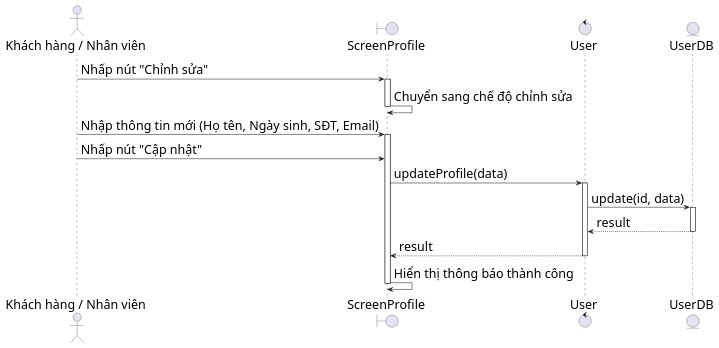
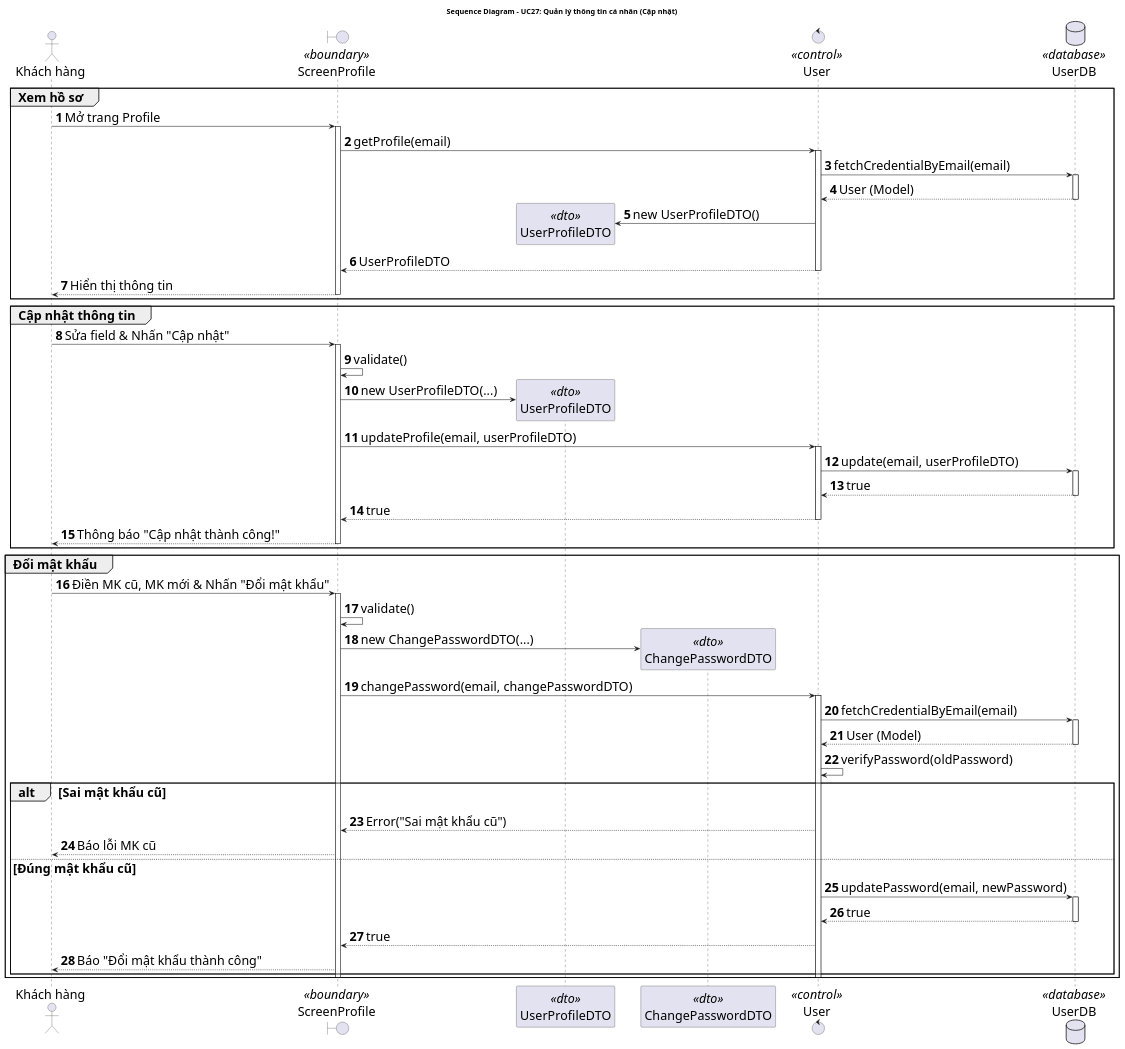
The diagram in doc/system/chinh_sua_thong_tin_ca_nhan/ChinhSuaThongTinCaNhan_SequenceDiagram.wsd (Gnourt812005/HCMUS-Analyze-and-desgin-IS), drawn with PlantUML before and after one commit. The commit also changed 1 other file, not shown here.

Commit message:
truong/sys-uc: update chinh_sua_thong_tin_ca_nhan

```diff
--- a/doc/system/chinh_sua_thong_tin_ca_nhan/ChinhSuaThongTinCaNhan_SequenceDiagram.wsd
+++ b/doc/system/chinh_sua_thong_tin_ca_nhan/ChinhSuaThongTinCaNhan_SequenceDiagram.wsd
@@ -1,32 +1,77 @@
 @startuml ChinhSuaThongTinCaNhan_SequenceDiagram
 skinparam DefaultFontSize 24
+skinparam ParticipantPadding 20
+skinparam BoxPadding 10
 
-actor "Khách hàng / Nhân viên" as UserActor
-boundary "ScreenProfile" as Screen
-control "User" as Control
-entity "UserDB" as DB
+title Sequence Diagram - UC27: Quản lý thông tin cá nhân (Cập nhật)
 
-UserActor -> Screen : Nhấp nút "Chỉnh sửa"
-activate Screen
-Screen -> Screen : Chuyển sang chế độ chỉnh sửa
-deactivate Screen
+actor "Khách hàng" as Actor
+boundary "ScreenProfile" as GUI <<boundary>>
+participant "UserProfileDTO" as DTO <<dto>>
+participant "ChangePasswordDTO" as PWDTO <<dto>>
+control "User" as BUS <<control>>
+database "UserDB" as DB <<database>>
 
-UserActor -> Screen : Nhập thông tin mới (Họ tên, Ngày sinh, SĐT, Email)
-activate Screen
-UserActor -> Screen : Nhấp nút "Cập nhật"
+autonumber
 
-Screen -> Control : updateProfile(data)
-activate Control
+group Xem hồ sơ
+    Actor -> GUI: Mở trang Profile
+    activate GUI
+    GUI -> BUS: getProfile(email)
+    activate BUS
+    BUS -> DB: fetchCredentialByEmail(email)
+    activate DB
+    DB --> BUS: User (Model)
+    deactivate DB
+    BUS -> DTO **: new UserProfileDTO()
+    BUS --> GUI: UserProfileDTO
+    deactivate BUS
+    GUI --> Actor: Hiển thị thông tin
+    deactivate GUI
+end
 
-Control -> DB : update(id, data)
-activate DB
-DB --> Control : result
-deactivate DB
+group Cập nhật thông tin
+    Actor -> GUI: Sửa field & Nhấn "Cập nhật"
+    activate GUI
+    GUI -> GUI: validate()
+    GUI -> DTO **: new UserProfileDTO(...)
+    GUI -> BUS: updateProfile(email, userProfileDTO)
+    activate BUS
+    BUS -> DB: update(email, userProfileDTO)
+    activate DB
+    DB --> BUS: true
+    deactivate DB
+    BUS --> GUI: true
+    deactivate BUS
+    GUI --> Actor: Thông báo "Cập nhật thành công!"
+    deactivate GUI
+end
 
-Control --> Screen : result
-deactivate Control
-
-Screen -> Screen : Hiển thị thông báo thành công
-deactivate Screen
+group Đổi mật khẩu
+    Actor -> GUI: Điền MK cũ, MK mới & Nhấn "Đổi mật khẩu"
+    activate GUI
+    GUI -> GUI: validate()
+    GUI -> PWDTO **: new ChangePasswordDTO(...)
+    GUI -> BUS: changePassword(email, changePasswordDTO)
+    activate BUS
+    BUS -> DB: fetchCredentialByEmail(email)
+    activate DB
+    DB --> BUS: User (Model)
+    deactivate DB
+    BUS -> BUS: verifyPassword(oldPassword)
+    alt Sai mật khẩu cũ
+        BUS --> GUI: Error("Sai mật khẩu cũ")
+        GUI --> Actor: Báo lỗi MK cũ
+    else Đúng mật khẩu cũ
+        BUS -> DB: updatePassword(email, newPassword)
+        activate DB
+        DB --> BUS: true
+        deactivate DB
+        BUS --> GUI: true
+        GUI --> Actor: Báo "Đổi mật khẩu thành công"
+    end
+    deactivate BUS
+    deactivate GUI
+end
 
 @enduml
```
